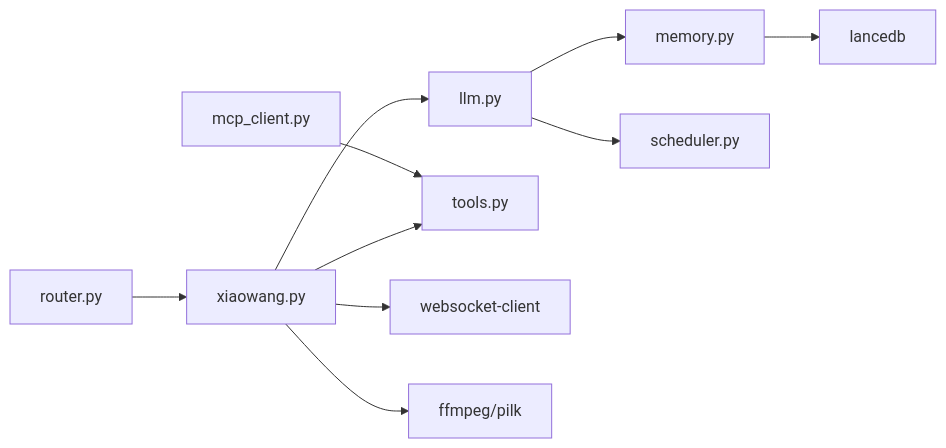
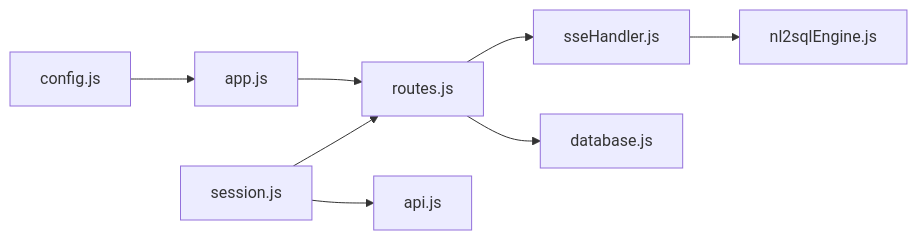
One commit to HanHuiOnLine/724-office changed the fifth of 6 diagrams in .qoder/repowiki/zh/content/API参考/WebSocket API.md. Above: the diagram before and after it, drawn with Mermaid. The commit also changed other lines of this file and 5 other files, not shown here.

Commit message:
websocket to sse, web ui change

````diff
--- a/.qoder/repowiki/zh/content/API参考/WebSocket API.md
+++ b/.qoder/repowiki/zh/content/API参考/WebSocket API.md
@@ -248,12 +287,10 @@
 ```mermaid
 graph LR
-XW["xiaowang.py"] --> LLM["llm.py"]
-XW --> TOOLS["tools.py"]
-LLM --> MEM["memory.py"]
-LLM --> SCH["scheduler.py"]
-ROUTER["router.py"] --> XW
-MCP["mcp_client.py"] --> TOOLS
-XW --> WS["websocket-client"]
-XW --> FF["ffmpeg/pilk"]
-MEM --> LDB["lancedb"]
+APP["app.js"] --> ROUTES["routes.js"]
+ROUTES --> SSE["sseHandler.js"]
+ROUTES --> DB["database.js"]
+SSE --> ENGINE["nl2sqlEngine.js"]
+FRONT["session.js"] --> API["api.js"]
+FRONT --> ROUTES
+CONFIG["config.js"] --> APP
 ```
````
